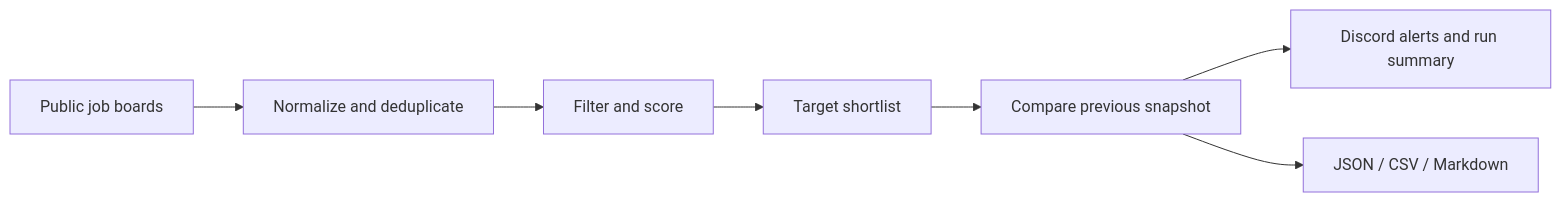
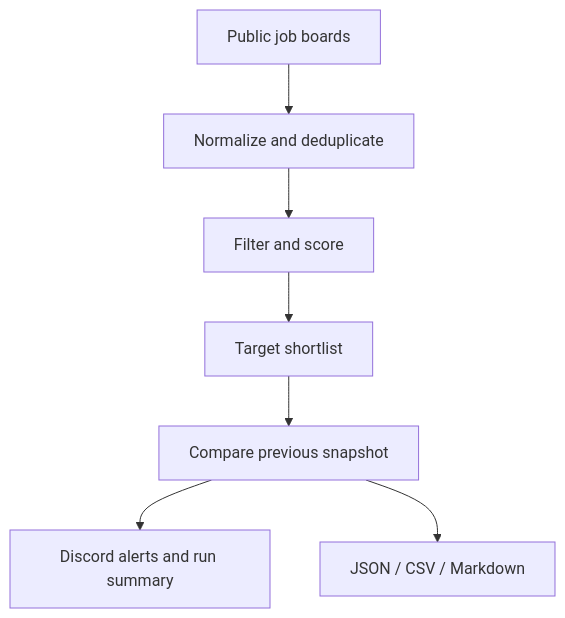
One commit to jzikim/global-internship-hunter changed the diagram in README.md. Above: the diagram before and after it, drawn with Mermaid.

Commit message:
Make README pipeline diagram readable on narrow screens

````diff
--- a/README.md
+++ b/README.md
@@ -21,9 +21,9 @@
 ```mermaid
-flowchart LR
+flowchart TD
     A[Public job boards] --> B[Normalize and deduplicate]
     B --> C[Filter and score]
     C --> D[Target shortlist]
     D --> E[Compare previous snapshot]
     E --> F[Discord alerts and run summary]
     E --> G[JSON / CSV / Markdown]
 ```
````
